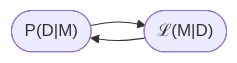
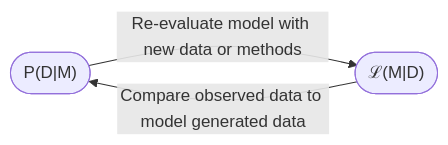
The diagram in quarto/1-intro.qmd (KevinJKoning/SEH), drawn with Mermaid before and after one commit. The commit also changed 4 other files, not shown here.

Commit message:
Updated diagram in introduction

````diff
--- a/quarto/1-intro.qmd
+++ b/quarto/1-intro.qmd
@@ -24,5 +24,5 @@
 ```{mermaid}
 flowchart LR
-    A(["P(D|M)"]) --> B(["ℒ(M|D)"])
-    B --> A
+    A(["P(D|M)"]) --> |Re-evaluate model with new data or methods| B(["ℒ(M|D)"])
+    B --> |Compare observed data to model generated data| A
 ```
````
